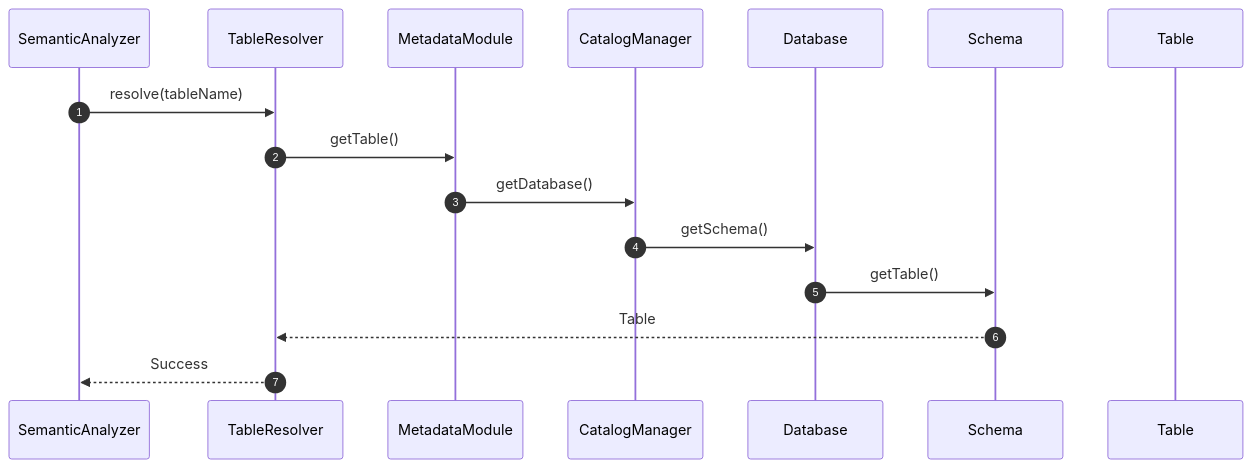
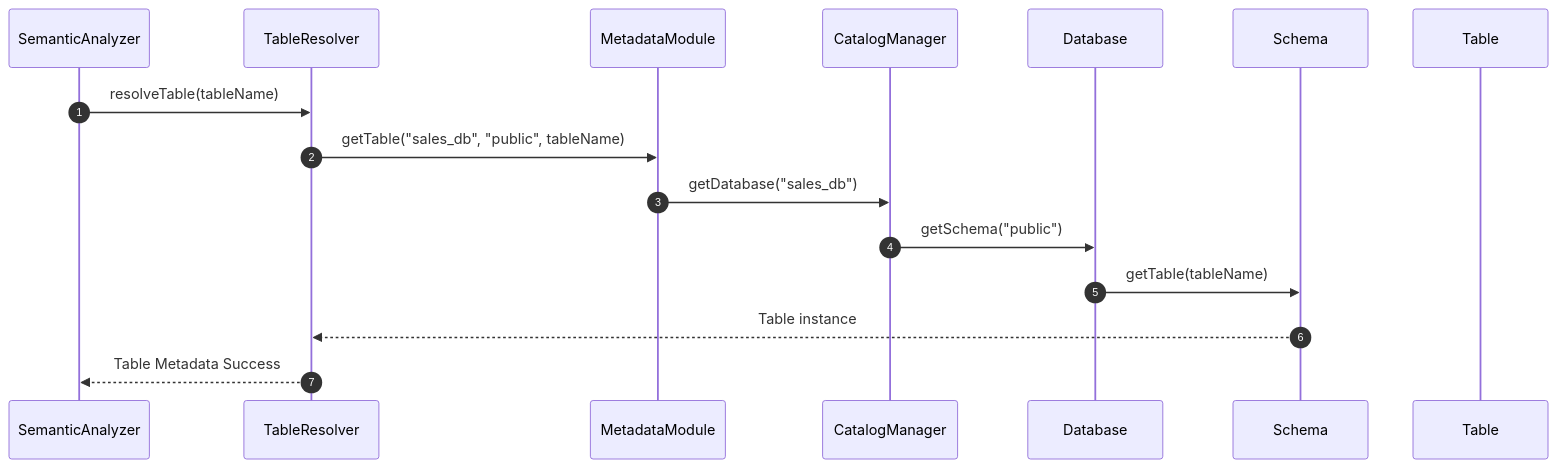
One commit to Dikhang1112/Database_Management_BBV changed the ninth of 13 diagrams in docs/design_patterns/query_processor/Sequece.md. Above: the diagram before and after it, drawn with Mermaid. The commit also changed other lines of this file and 1 other file, not shown here.

````diff
--- a/docs/design_patterns/query_processor/Sequece.md
+++ b/docs/design_patterns/query_processor/Sequece.md
@@ -102,27 +274,19 @@
 ```mermaid
 sequenceDiagram
-
     autonumber
-
     participant SA as SemanticAnalyzer
     participant Resolver as TableResolver
     participant Meta as MetadataModule
     participant Catalog as CatalogManager
     participant DB as Database
-    participant Schema
-    participant Table
+    participant Schema as Schema
+    participant Table as Table
 
-    SA->>Resolver: resolve(tableName)
-
-    Resolver->>Meta: getTable()
-
-    Meta->>Catalog: getDatabase()
-
-    Catalog->>DB: getSchema()
-
-    DB->>Schema: getTable()
-
-    Schema-->>Resolver: Table
-
-    Resolver-->>SA: Success
+    SA->>Resolver: resolveTable(tableName)
+    Resolver->>Meta: getTable("sales_db", "public", tableName)
+    Meta->>Catalog: getDatabase("sales_db")
+    Catalog->>DB: getSchema("public")
+    DB->>Schema: getTable(tableName)
+    Schema-->>Resolver: Table instance
+    Resolver-->>SA: Table Metadata Success
 ```
````
